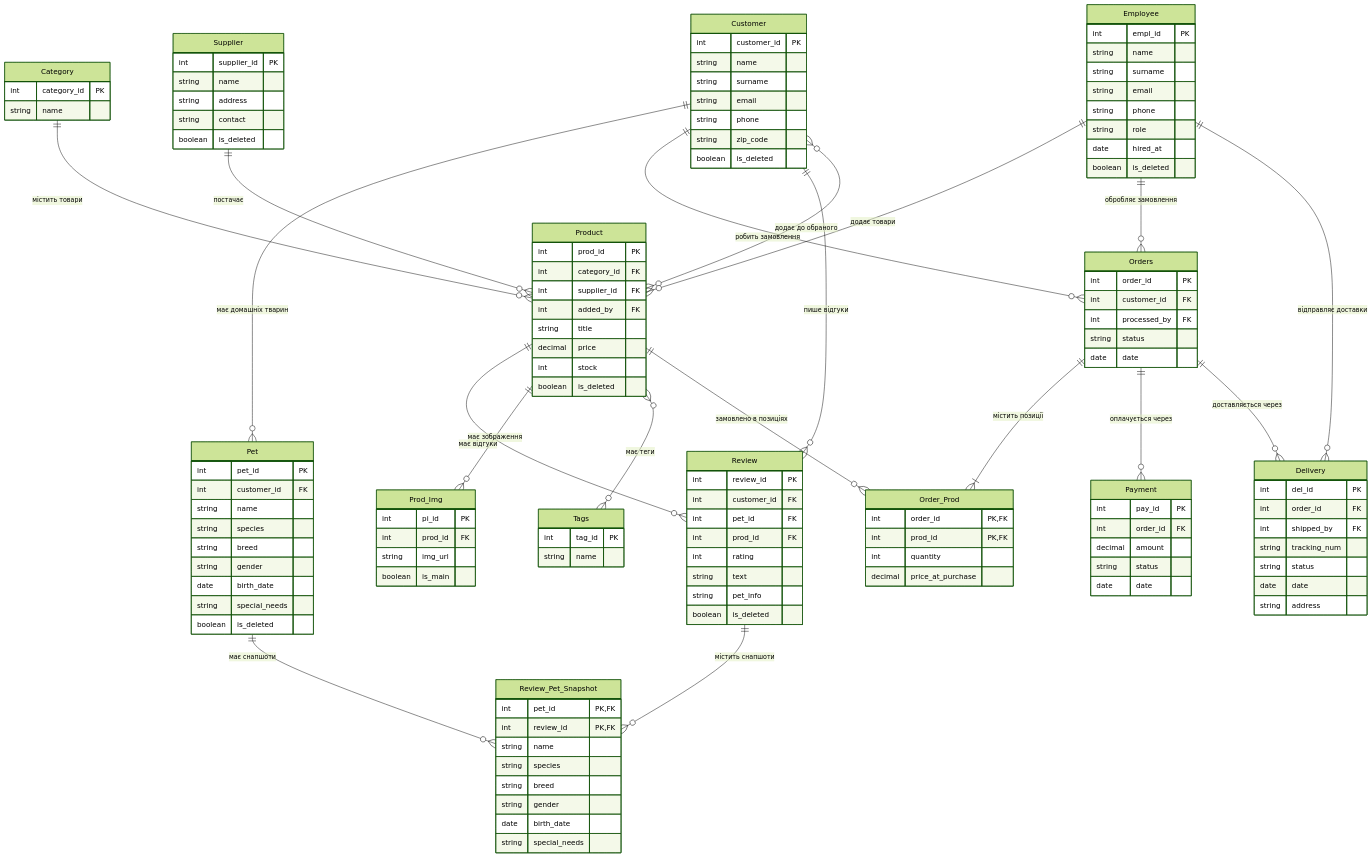
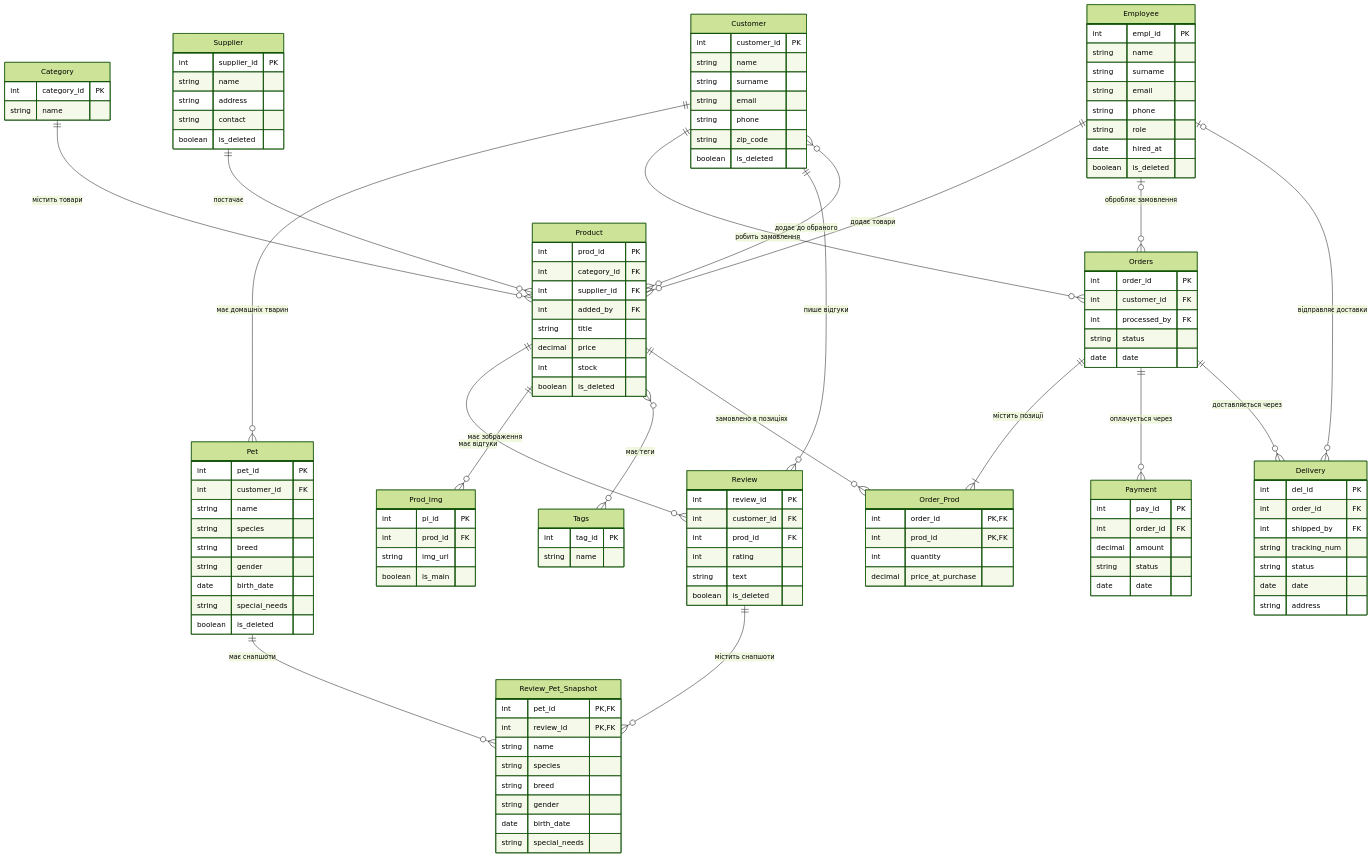
Before and after one commit to hutnichs/KPI_MAVPZ: the diagram in Lab1/petshop.mmd, drawn with Mermaid (forest theme). The commit also changed 5 other files, not shown here.

```diff
--- a/Lab1/petshop.mmd
+++ b/Lab1/petshop.mmd
@@ -1,130 +1,128 @@
 erDiagram
     Customer {
         int customer_id PK
         string name
         string surname
         string email
         string phone
         string zip_code
         boolean is_deleted
     }
     Pet {
         int pet_id PK
         int customer_id FK
         string name
         string species
         string breed
         string gender
         date birth_date
         string special_needs
         boolean is_deleted
     }
     Product {
         int prod_id PK
         int category_id FK
         int supplier_id FK
         int added_by FK
         string title
         decimal price
         int stock
         boolean is_deleted
     }
     Prod_Img {
         int pi_id PK
         int prod_id FK
         string img_url
         boolean is_main
     }
     Category {
         int category_id PK
         string name
     }
     Supplier {
         int supplier_id PK
         string name
         string address
         string contact
         boolean is_deleted
     }
     Tags {
         int tag_id PK
         string name
     }
     Orders {
         int order_id PK
         int customer_id FK
         int processed_by FK
         string status
         date date
     }
     Order_Prod {
         int order_id PK, FK
         int prod_id PK, FK
         int quantity
         decimal price_at_purchase
     }
     Delivery {
         int del_id PK
         int order_id FK
         int shipped_by FK
         string tracking_num
         string status
         date date
         string address
     }
     Payment {
         int pay_id PK
         int order_id FK
         decimal amount
         string status
         date date
     }
     Review {
         int review_id PK
         int customer_id FK
-        int pet_id FK
         int prod_id FK
         int rating
         string text
-        string pet_info
         boolean is_deleted
     }
     Review_Pet_Snapshot {
         int pet_id PK, FK
         int review_id PK, FK
         string name
         string species
         string breed
         string gender
         date birth_date
         string special_needs
     }
     Employee {
         int empl_id PK
         string name
         string surname
         string email
         string phone
         string role
         date hired_at
         boolean is_deleted
     }
 
     Customer ||--o{ Pet : "має домашніх тварин"
     Customer ||--o{ Orders : "робить замовлення"
     Customer ||--o{ Review : "пише відгуки"
     Customer }o--o{ Product : "додає до обраного"
     Pet ||--o{ Review_Pet_Snapshot : "має снапшоти"
     Review ||--o{ Review_Pet_Snapshot : "містить снапшоти"
     Product ||--o{ Review : "має відгуки"
     Category ||--o{ Product : "містить товари"
     Supplier ||--o{ Product : "постачає"
     Product ||--o{ Prod_Img : "має зображення"
     Product }o--o{ Tags : "має теги"
     Orders ||--|{ Order_Prod : "містить позиції"
     Product ||--o{ Order_Prod : "замовлено в позиціях"
     Orders ||--o{ Payment : "оплачується через"
     Orders ||--o{ Delivery : "доставляється через"
     Employee ||--o{ Product : "додає товари"
-    Employee ||--o{ Orders : "обробляє замовлення"
-    Employee ||--o{ Delivery : "відправляє доставки"
+    Employee |o--o{ Orders : "обробляє замовлення"
+    Employee |o--o{ Delivery : "відправляє доставки"
```
